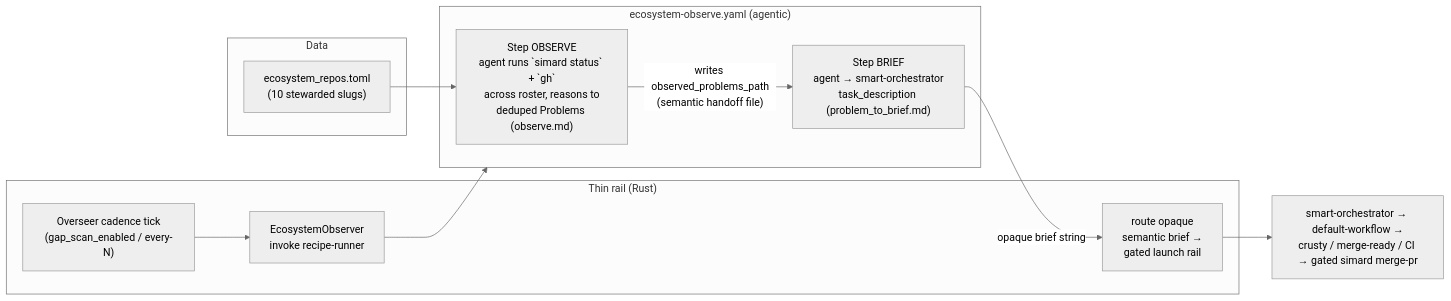
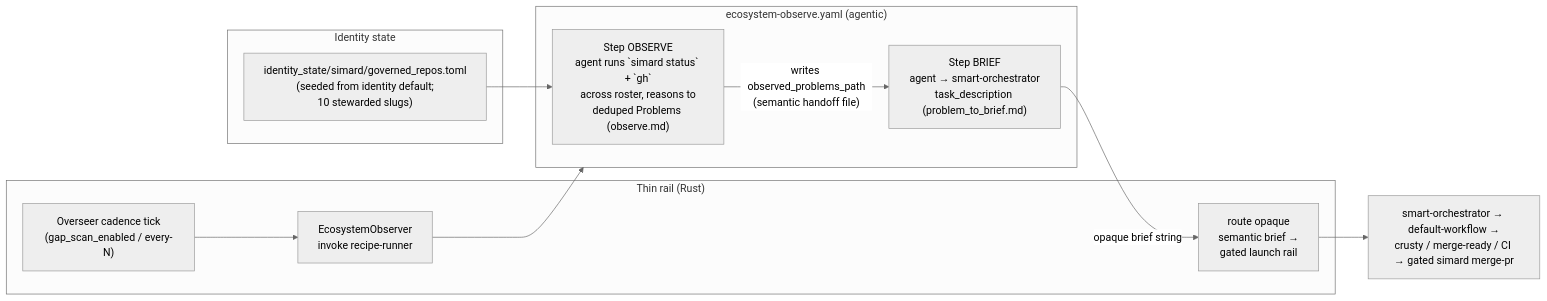
The diagram in docs/design/ecosystem-observe.md (rysweet/Simard), drawn with Mermaid (neutral theme) before and after one commit. The commit also changed other lines of this file and 17 other files, not shown here.

````diff
--- a/docs/design/ecosystem-observe.md
+++ b/docs/design/ecosystem-observe.md
@@ -68,20 +68,20 @@
 ```mermaid
 flowchart LR
   subgraph Rust["Thin rail (Rust)"]
     C["Overseer cadence tick\n(gap_scan_enabled / every-N)"]
     L["EcosystemObserver\ninvoke recipe-runner"]
     R["route opaque\nsemantic brief →\ngated launch rail"]
   end
   subgraph Recipe["ecosystem-observe.yaml (agentic)"]
     O["Step OBSERVE\nagent runs `simard status` + `gh`\nacross roster, reasons to\ndeduped Problems (observe.md)"]
     B["Step BRIEF\nagent → smart-orchestrator\ntask_description (problem_to_brief.md)"]
   end
-  subgraph Roster["Data"]
-    T["ecosystem_repos.toml\n(10 stewarded slugs)"]
+  subgraph Roster["Identity state"]
+    T["identity_state/simard/governed_repos.toml\n(seeded from identity default;\n10 stewarded slugs)"]
   end
   C --> L --> Recipe
   T --> O
   O -- "writes observed_problems_path\n(semantic handoff file)" --> B
   B -- "opaque brief string" --> R
   R --> SO["smart-orchestrator → default-workflow →\ncrusty / merge-ready / CI → gated simard merge-pr"]
 ```
````
